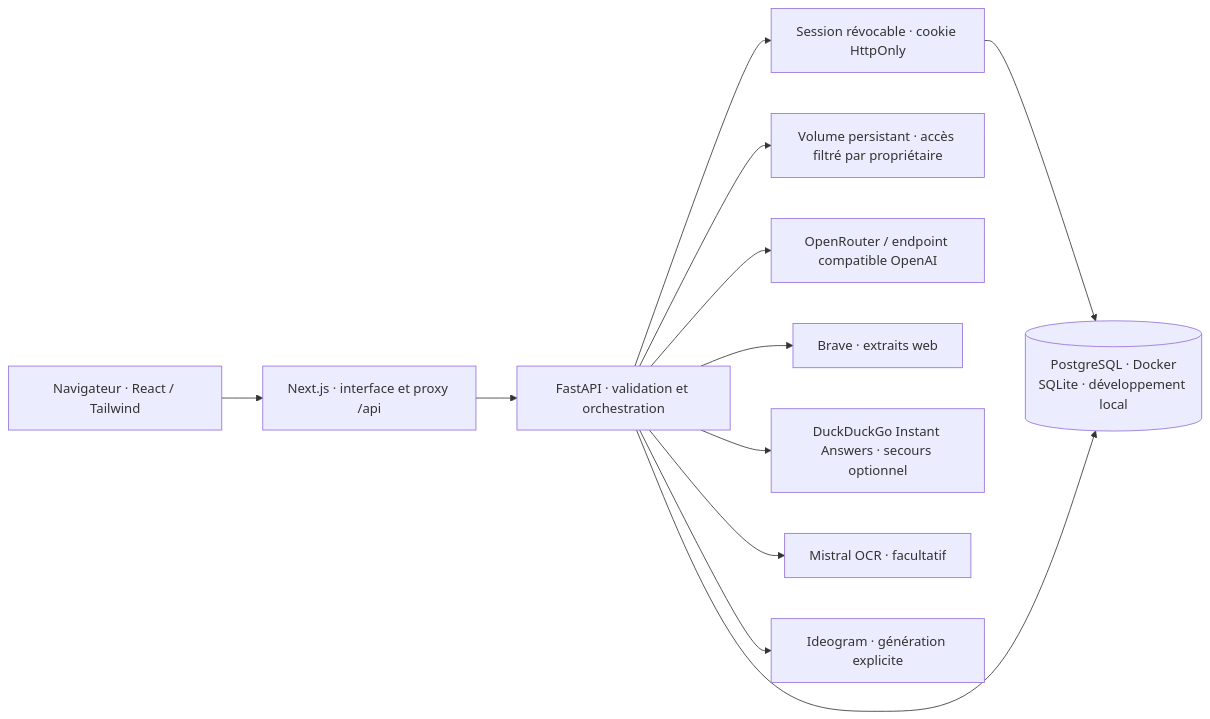
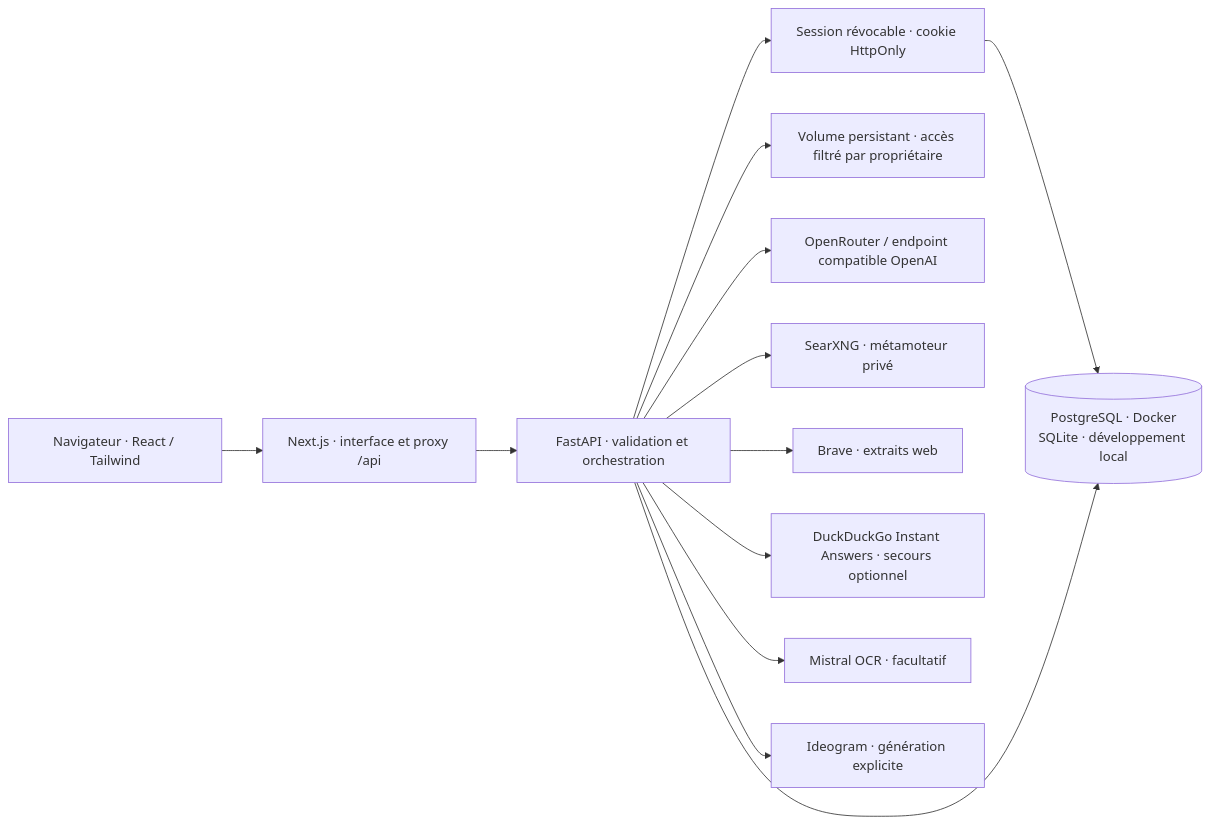
Before and after one commit to monpseudoestpris/tchataiperso: the diagram in docs/architecture.md, drawn with Mermaid. The commit also changed other lines of this file and 47 other files, not shown here.

````diff
--- a/docs/architecture.md
+++ b/docs/architecture.md
@@ -3,14 +3,15 @@
 ```mermaid
 flowchart LR
     Browser["Navigateur · React / Tailwind"] --> Next["Next.js · interface et proxy /api"]
     Next --> FastAPI["FastAPI · validation et orchestration"]
     FastAPI --> Auth["Session révocable · cookie HttpOnly"]
     Auth --> DB[("PostgreSQL · Docker\nSQLite · développement local")]
     FastAPI --> DB
     FastAPI --> Files["Volume persistant · accès filtré par propriétaire"]
     FastAPI --> LLM["OpenRouter / endpoint compatible OpenAI"]
+    FastAPI --> SearXNG["SearXNG · métamoteur privé"]
     FastAPI --> Brave["Brave · extraits web"]
     FastAPI --> DDG["DuckDuckGo Instant Answers · secours optionnel"]
     FastAPI --> OCR["Mistral OCR · facultatif"]
     FastAPI --> Ideogram["Ideogram · génération explicite"]
 ```
````
